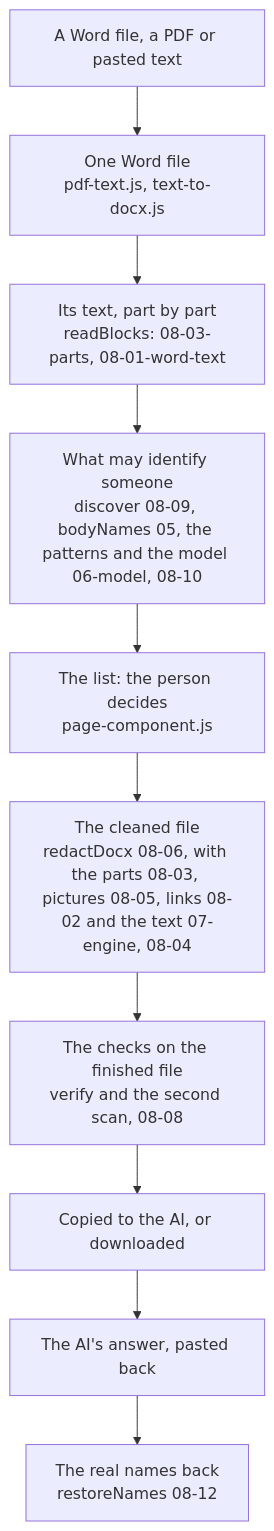
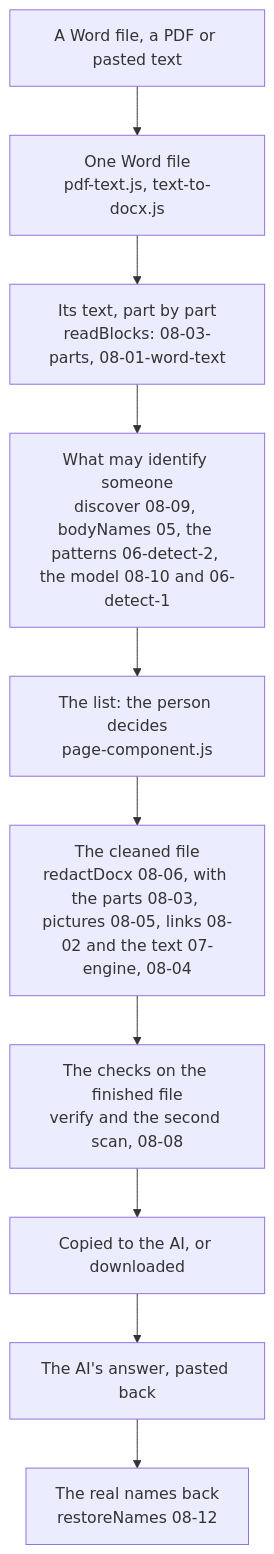
The diagram in ARCHITECTURE.md (ombed/inkognito), drawn with Mermaid before and after one commit. The commit also changed other lines of this file and 7 other files, not shown here.

````diff
--- a/ARCHITECTURE.md
+++ b/ARCHITECTURE.md
@@ -11,12 +11,12 @@
 ```mermaid
 flowchart TD
   A["A Word file, a PDF or pasted text"] --> B["One Word file<br/>pdf-text.js, text-to-docx.js"]
   B --> C["Its text, part by part<br/>readBlocks: 08-03-parts, 08-01-word-text"]
-  C --> D["What may identify someone<br/>discover 08-09, bodyNames 05, the patterns and the model 06-model, 08-10"]
+  C --> D["What may identify someone<br/>discover 08-09, bodyNames 05, the patterns 06-detect-2, the model 08-10 and 06-detect-1"]
   D --> E["The list: the person decides<br/>page-component.js"]
   E --> F["The cleaned file<br/>redactDocx 08-06, with the parts 08-03, pictures 08-05, links 08-02 and the text 07-engine, 08-04"]
   F --> G["The checks on the finished file<br/>verify and the second scan, 08-08"]
   G --> H["Copied to the AI, or downloaded"]
   H --> I["The AI's answer, pasted back"]
   I --> J["The real names back<br/>restoreNames 08-12"]
 ```
````
